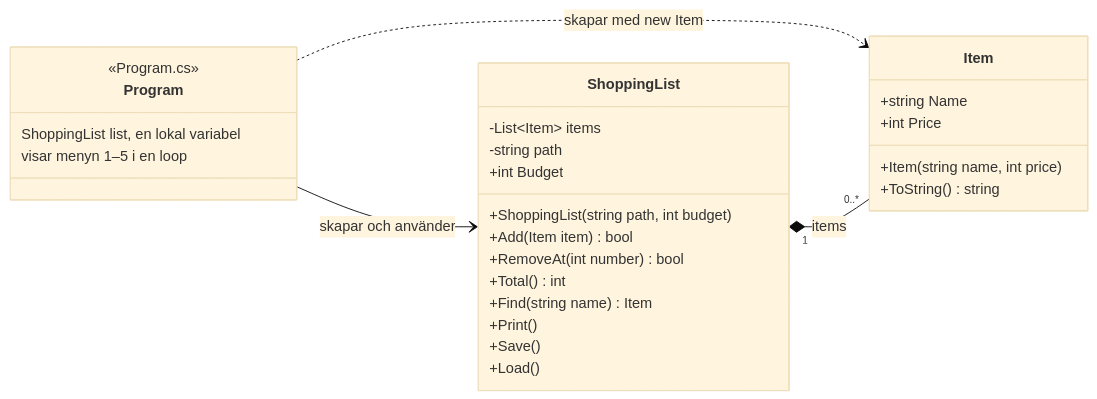
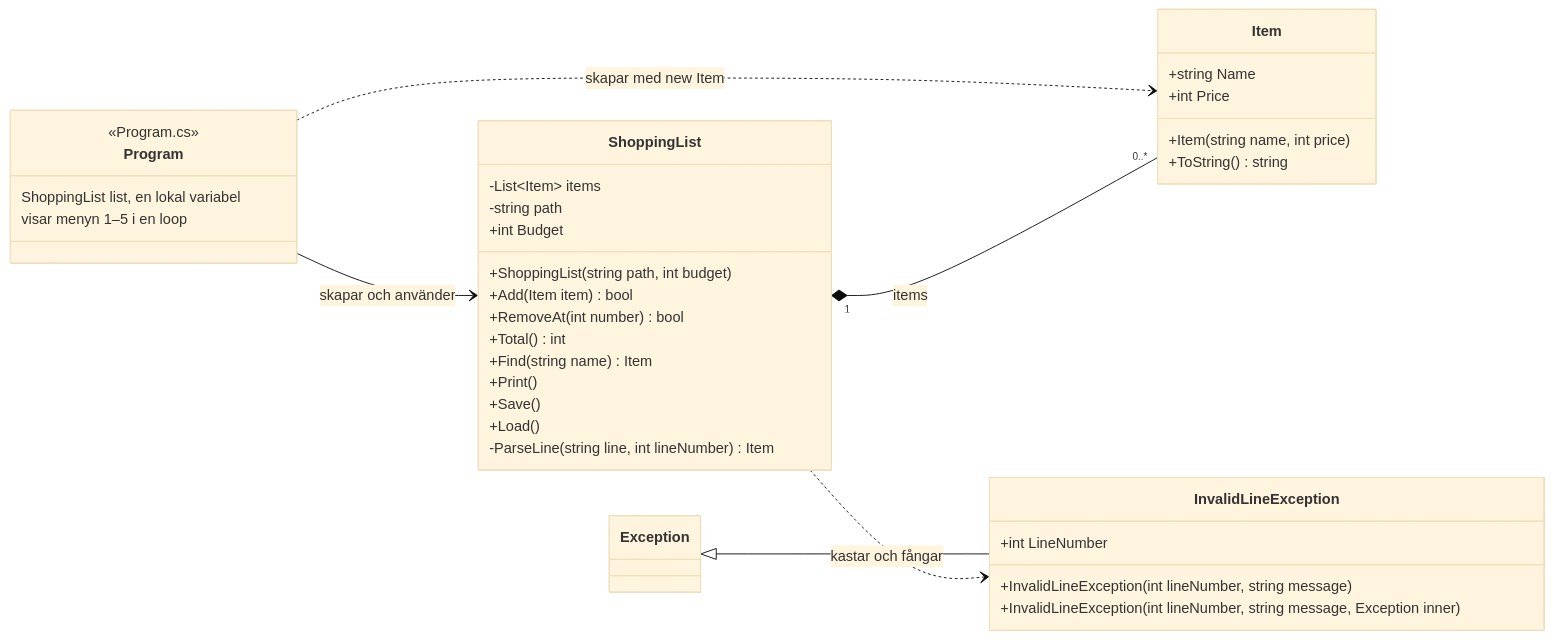
The diagram in README.md (aliteex55-bit/Del-B-med-felen-brorsan-), drawn with Mermaid (base theme) before and after one commit. The commit also changed other lines of this file, not shown here.

Commit message:
Utbyggnad U3-3: beskriv U3 i README och lägg till InvalidLineException i klassdiagrammet

````diff
--- a/README.md
+++ b/README.md
@@ -143,31 +158,39 @@
 ```mermaid
 classDiagram
     direction LR
     class Program {
         <<Program.cs>>
         ShoppingList list, en lokal variabel
         visar menyn 1–5 i en loop
     }
     class ShoppingList {
         -List~Item~ items
         -string path
         +int Budget
         +ShoppingList(string path, int budget)
         +Add(Item item) bool
         +RemoveAt(int number) bool
         +Total() int
         +Find(string name) Item
         +Print()
         +Save()
         +Load()
+        -ParseLine(string line, int lineNumber) Item
     }
     class Item {
         +string Name
         +int Price
         +Item(string name, int price)
         +ToString() string
     }
+    class InvalidLineException {
+        +int LineNumber
+        +InvalidLineException(int lineNumber, string message)
+        +InvalidLineException(int lineNumber, string message, Exception inner)
+    }
     Program --> ShoppingList : skapar och använder
     Program ..> Item : skapar med new Item
     ShoppingList "1" *-- "0..*" Item : items
+    Exception <|-- InvalidLineException
+    ShoppingList ..> InvalidLineException : kastar och fångar
 ```
````
